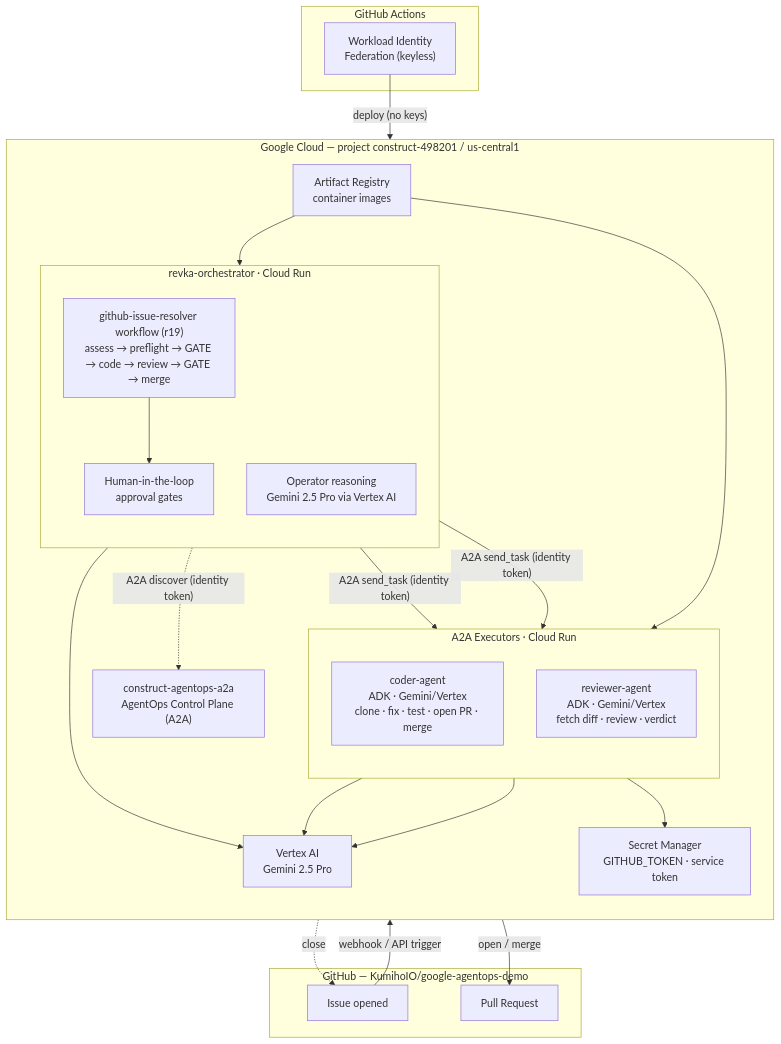
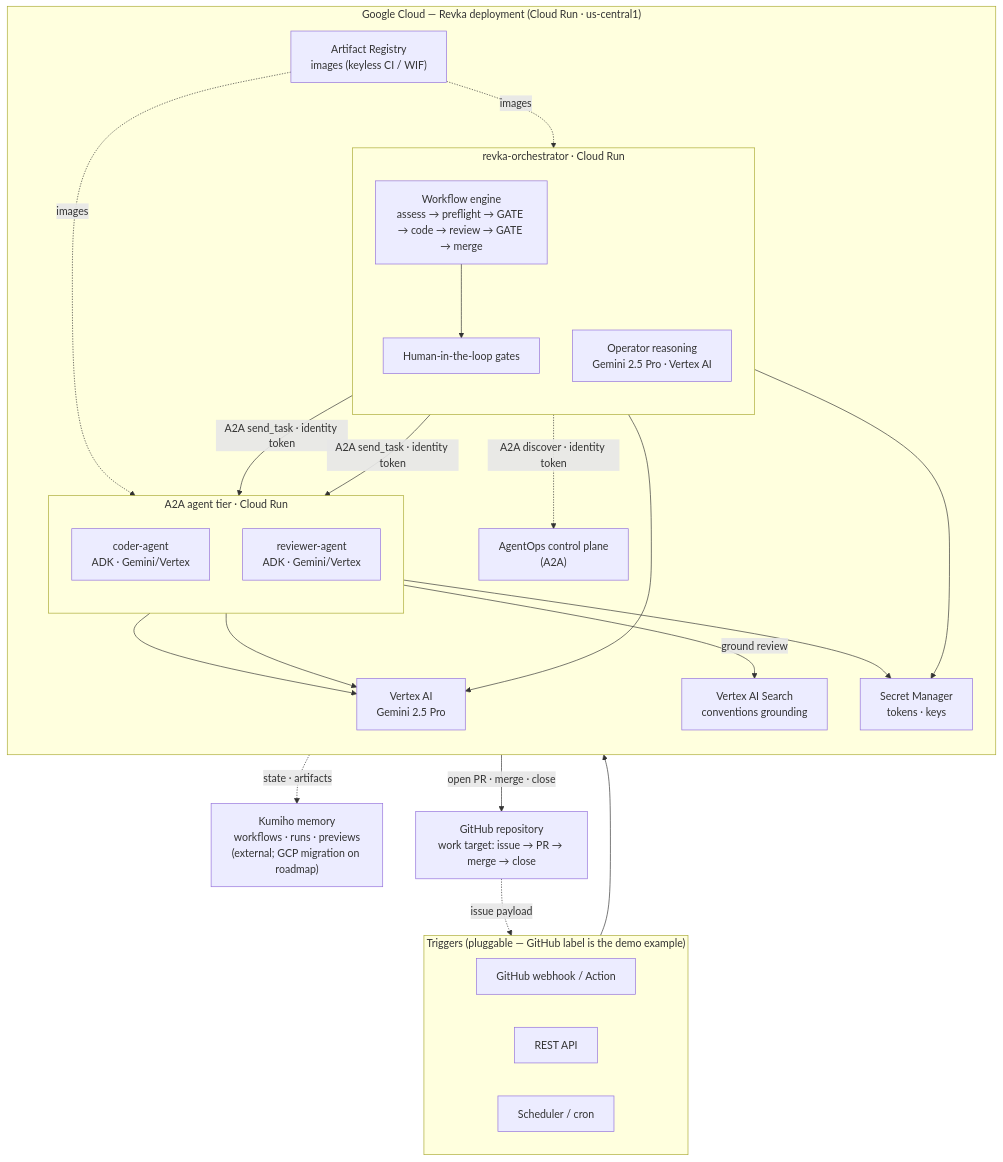
One commit to KumihoIO/Revka changed the first of 2 diagrams in docs/TRACK3_SUBMISSION.md. Above: the diagram before and after it, drawn with Mermaid. The commit also changed other lines of this file and 1 other file, not shown here.

Commit message:
docs(track3): refocus submission diagram on Revka+GCP; add BYO tier to enterprise diagram
- Submission diagram: triggers are now pluggable (GitHub label = one demo
  example, not the architecture core); centers Revka on GCP and its service
  integrations (Vertex, Vertex AI Search, Secret Manager, Artifact Registry,
  A2A agents, control plane), with the GitHub repo as the work target and
  Kumiho shown as external memory.
- Enterprise diagram: add the BYO / cost-sensitive agent tier (subscription
  CLIs / customer keys, customer-owned ToS) alongside the API-key enterprise
  tier.

````diff
--- a/docs/TRACK3_SUBMISSION.md
+++ b/docs/TRACK3_SUBMISSION.md
@@ -17,48 +22,48 @@
 ```mermaid
 flowchart TB
-    subgraph GH["GitHub — KumihoIO/google-agentops-demo"]
-        ISSUE["Issue opened"]
-        PR["Pull Request"]
+    subgraph TRIG["Triggers (pluggable — GitHub label is the demo example)"]
+        T1["GitHub webhook / Action"]
+        T2["REST API"]
+        T3["Scheduler / cron"]
     end
 
-    subgraph GCP["Google Cloud — project construct-498201 / us-central1"]
+    subgraph GCP["Google Cloud — Revka deployment (Cloud Run · us-central1)"]
         direction TB
-
         subgraph ORCH["revka-orchestrator  ·  Cloud Run"]
             direction TB
-            WF["github-issue-resolver workflow (r19)\nassess → preflight → GATE → code → review → GATE → merge"]
-            GATE["Human-in-the-loop\napproval gates"]
-            REASON["Operator reasoning\nGemini 2.5 Pro via Vertex AI"]
+            WF["Workflow engine\nassess → preflight → GATE → code → review → GATE → merge"]
+            GATE["Human-in-the-loop gates"]
+            REASON["Operator reasoning\nGemini 2.5 Pro · Vertex AI"]
         end
-
-        subgraph EXEC["A2A Executors  ·  Cloud Run"]
+        subgraph EXEC["A2A agent tier  ·  Cloud Run"]
             direction TB
-            CODER["coder-agent\nADK · Gemini/Vertex\nclone · fix · test · open PR · merge"]
-            REVIEWER["reviewer-agent\nADK · Gemini/Vertex\nfetch diff · review · verdict"]
+            CODER["coder-agent\nADK · Gemini/Vertex"]
+            REVIEWER["reviewer-agent\nADK · Gemini/Vertex"]
         end
-
-        CP["construct-agentops-a2a\nAgentOps Control Plane (A2A)"]
+        CP["AgentOps control plane\n(A2A)"]
         VERTEX["Vertex AI\nGemini 2.5 Pro"]
-        SM["Secret Manager\nGITHUB_TOKEN · service token"]
-        AR["Artifact Registry\ncontainer images"]
+        VSEARCH["Vertex AI Search\nconventions grounding"]
+        SM["Secret Manager\ntokens · keys"]
+        AR["Artifact Registry\nimages (keyless CI / WIF)"]
     end
 
-    subgraph CI["GitHub Actions"]
-        WIF["Workload Identity\nFederation (keyless)"]
-    end
+    KUM["Kumiho memory\nworkflows · runs · previews\n(external; GCP migration on roadmap)"]
+    GHREPO["GitHub repository\nwork target: issue → PR → merge → close"]
 
-    ISSUE -- "webhook / API trigger" --> WF
+    TRIG --> WF
     WF --> GATE
-    WF -. "A2A discover (identity token)" .-> CP
-    WF -- "A2A send_task (identity token)" --> CODER
-    WF -- "A2A send_task (identity token)" --> REVIEWER
-    CODER -- "open / merge" --> PR
-    CODER -. "close" .-> ISSUE
+    WF -. "A2A discover · identity token" .-> CP
+    WF -- "A2A send_task · identity token" --> CODER
+    WF -- "A2A send_task · identity token" --> REVIEWER
     REASON --> VERTEX
     CODER --> VERTEX
     REVIEWER --> VERTEX
+    REVIEWER -- "ground review" --> VSEARCH
+    ORCH --> SM
     CODER --> SM
-    WIF -- "deploy (no keys)" --> AR
-    AR --> ORCH
-    AR --> EXEC
+    ORCH -. "state · artifacts" .-> KUM
+    AR -. images .-> ORCH
+    AR -. images .-> EXEC
+    CODER -- "open PR · merge · close" --> GHREPO
+    GHREPO -. "issue payload" .-> TRIG
 ```
````
